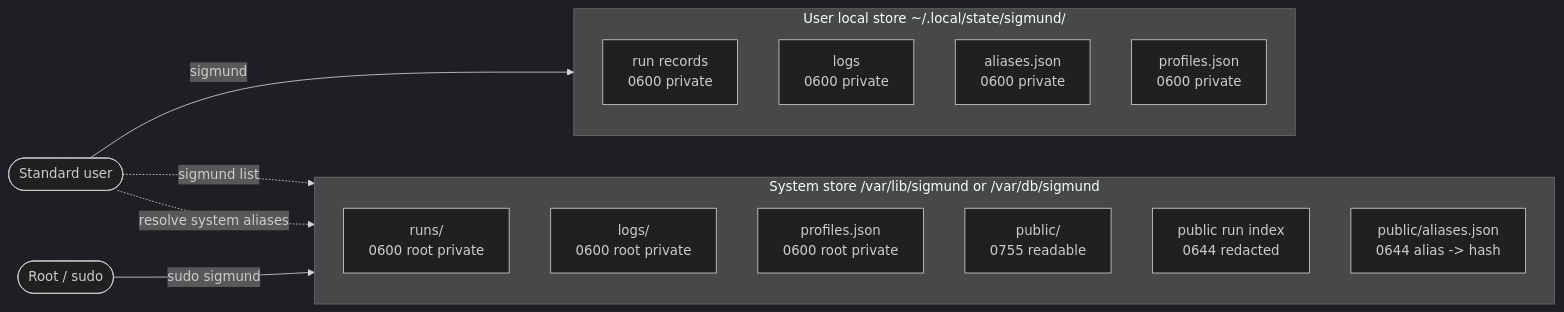
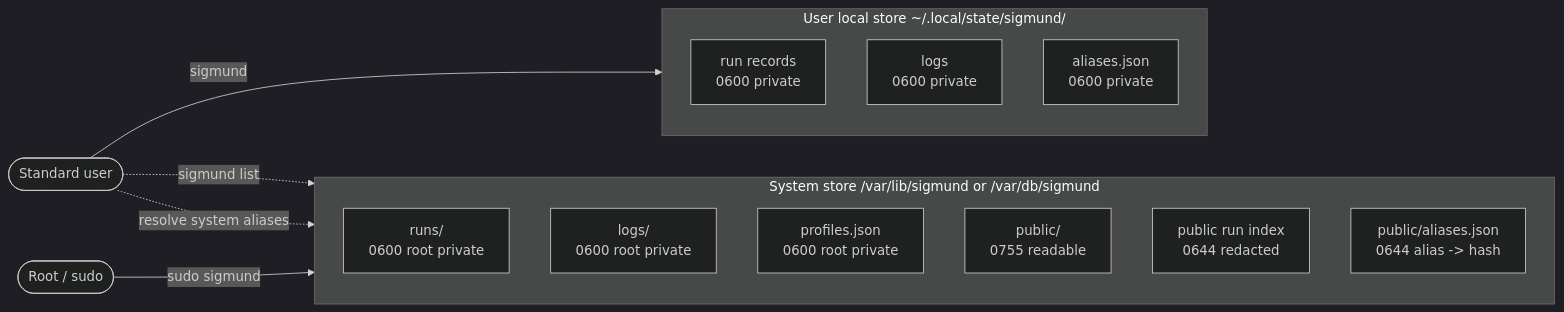
The second of 4 diagrams in README.md (RchGrav/onhold), drawn with Mermaid (dark theme) before and after one commit. The commit also changed other lines of this file and 4 other files, not shown here.

````diff
--- a/README.md
+++ b/README.md
@@ -206,28 +208,27 @@
 ```mermaid
 flowchart LR
     User(["Standard user"])
     Admin(["Root / sudo"])
 
     subgraph UserStore["User local store   ~/.local/state/sigmund/"]
         direction TB
         UR["run records<br/>0600 private"]
         UL["logs<br/>0600 private"]
         UA["aliases.json<br/>0600 private"]
-        UP["profiles.json<br/>0600 private"]
     end
 
     subgraph SystemStore["System store   /var/lib/sigmund or /var/db/sigmund"]
         direction TB
         SR["runs/<br/>0600 root private"]
         SL["logs/<br/>0600 root private"]
         SP["profiles.json<br/>0600 root private"]
         Public["public/<br/>0755 readable"]
         SI["public run index<br/>0644 redacted"]
         SA["public/aliases.json<br/>0644 alias -> hash"]
     end
 
     User -->|"sigmund <cmd>"| UserStore
     Admin -->|"sudo sigmund <cmd>"| SystemStore
     User -.->|"sigmund list"| SI
     User -.->|"resolve system aliases"| SA
 ```
````
